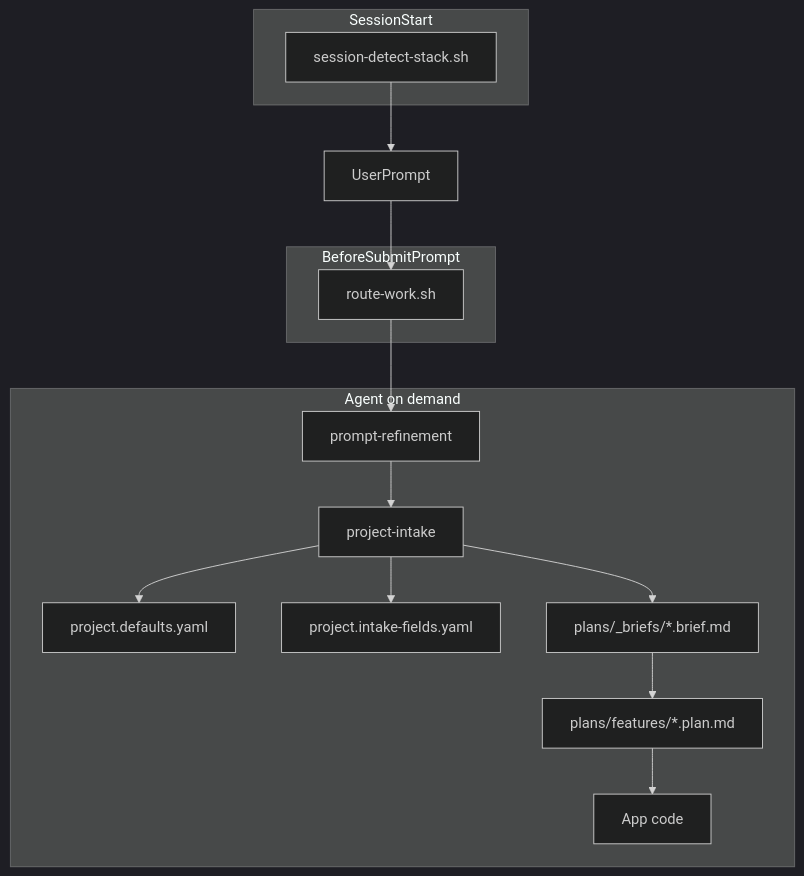
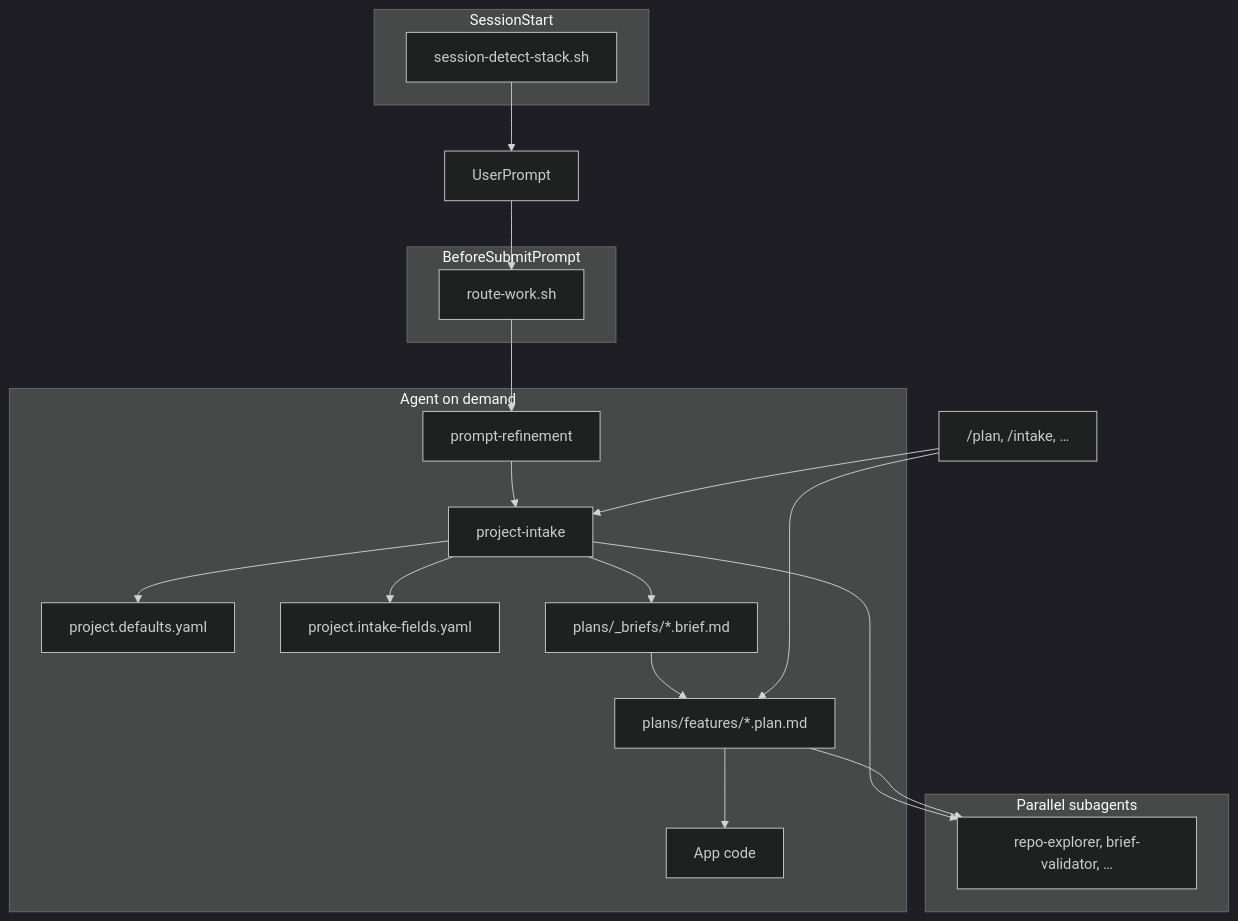
Before and after one commit to etuncay/cursor-agent-kit: the diagram in README.md, drawn with Mermaid (dark theme). The commit also changed other lines of this file and 44 other files, not shown here.

````diff
--- a/README.md
+++ b/README.md
@@ -30,27 +32,34 @@
 ```mermaid
 flowchart TD
   subgraph session [SessionStart]
     SS[session-detect-stack.sh]
   end
   subgraph prompt [BeforeSubmitPrompt]
     RW[route-work.sh]
   end
   subgraph agent [Agent on demand]
     CFG[project.defaults.yaml]
     FLD[project.intake-fields.yaml]
     REF[prompt-refinement]
     INT[project-intake]
     BRIEF[plans/_briefs/*.brief.md]
     PLAN[plans/features/*.plan.md]
     CODE[App code]
   end
   UserPrompt --> RW
   SS --> UserPrompt
   RW --> REF
   REF --> INT
   INT --> CFG
   INT --> FLD
   INT --> BRIEF
   BRIEF --> PLAN
   PLAN --> CODE
+  subgraph parallel [Parallel subagents]
+    SA[repo-explorer, brief-validator, …]
+  end
+  INT --> SA
+  PLAN --> SA
+  Slash["/plan, /intake, …"] --> INT
+  Slash --> PLAN
 ```
````
